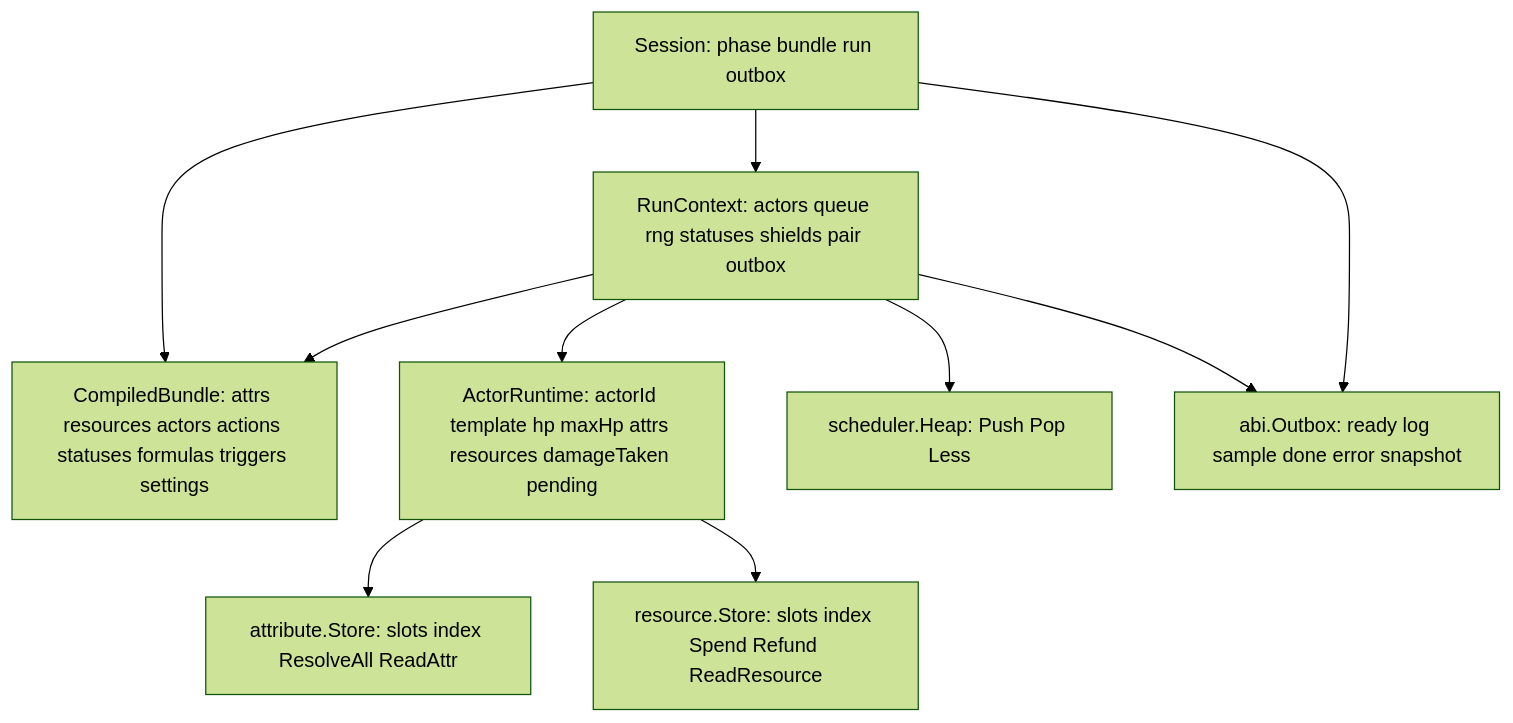
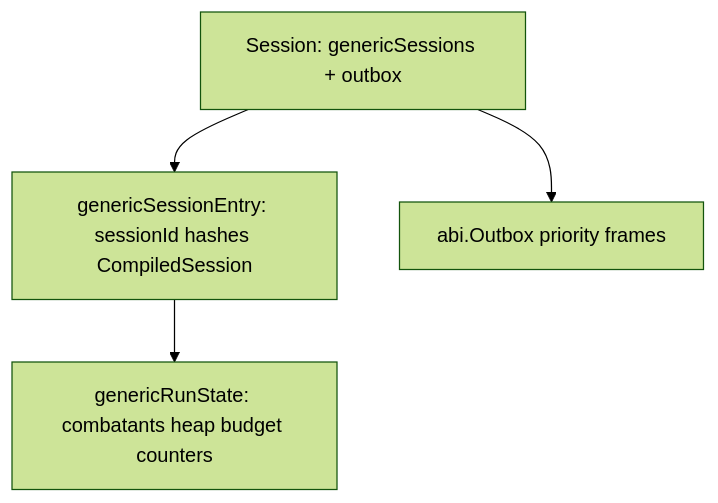
The fourth of 4 diagrams in wasm/tinygo_engine_v2/ARCHITECTURE.md (JeanbartBiubiu/damage_viewer_project_planning), drawn with Mermaid (forest theme) before and after one commit. The commit also changed other lines of this file and 64 other files, not shown here.

Commit message:
chore(planning): align canonical governance and generic ABI

````diff
--- a/wasm/tinygo_engine_v2/ARCHITECTURE.md
+++ b/wasm/tinygo_engine_v2/ARCHITECTURE.md
@@ -217,21 +107,11 @@
 ```mermaid
 graph TD
-    Session["Session: phase bundle run outbox"]
-    Compiled["CompiledBundle: attrs resources actors actions statuses formulas triggers settings"]
-    RunCtx["RunContext: actors queue rng statuses shields pair outbox"]
-    Actor["ActorRuntime: actorId template hp maxHp attrs resources damageTaken pending"]
-    AttrStore["attribute.Store: slots index ResolveAll ReadAttr"]
-    ResStore["resource.Store: slots index Spend Refund ReadResource"]
-    Heap["scheduler.Heap: Push Pop Less"]
-    Outbox["abi.Outbox: ready log sample done error snapshot"]
+    Session["Session: genericSessions + outbox"]
+    Entry["genericSessionEntry: sessionId hashes CompiledSession"]
+    State["genericRunState: combatants heap budget counters"]
+    Outbox["abi.Outbox priority frames"]
 
-    Session --> Compiled
-    Session --> RunCtx
+    Session --> Entry
     Session --> Outbox
-    RunCtx --> Compiled
-    RunCtx --> Actor
-    RunCtx --> Heap
-    RunCtx --> Outbox
-    Actor --> AttrStore
-    Actor --> ResStore
+    Entry --> State
 ```
````
